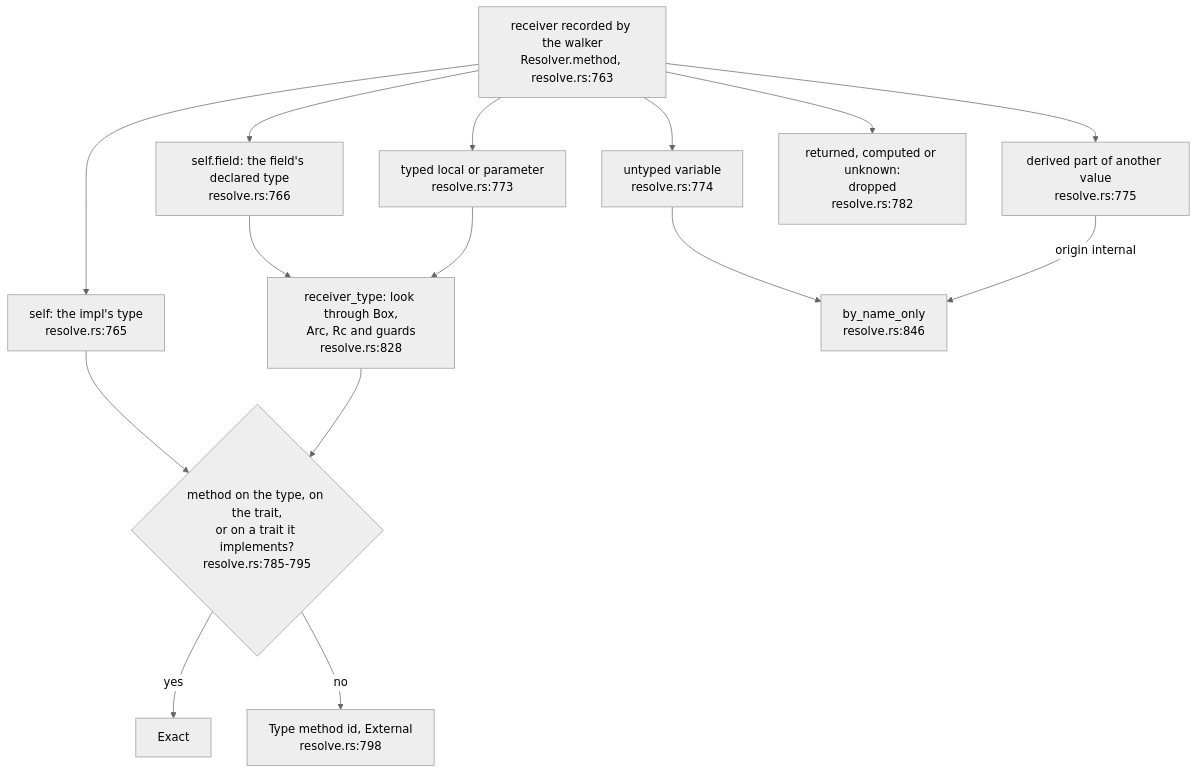
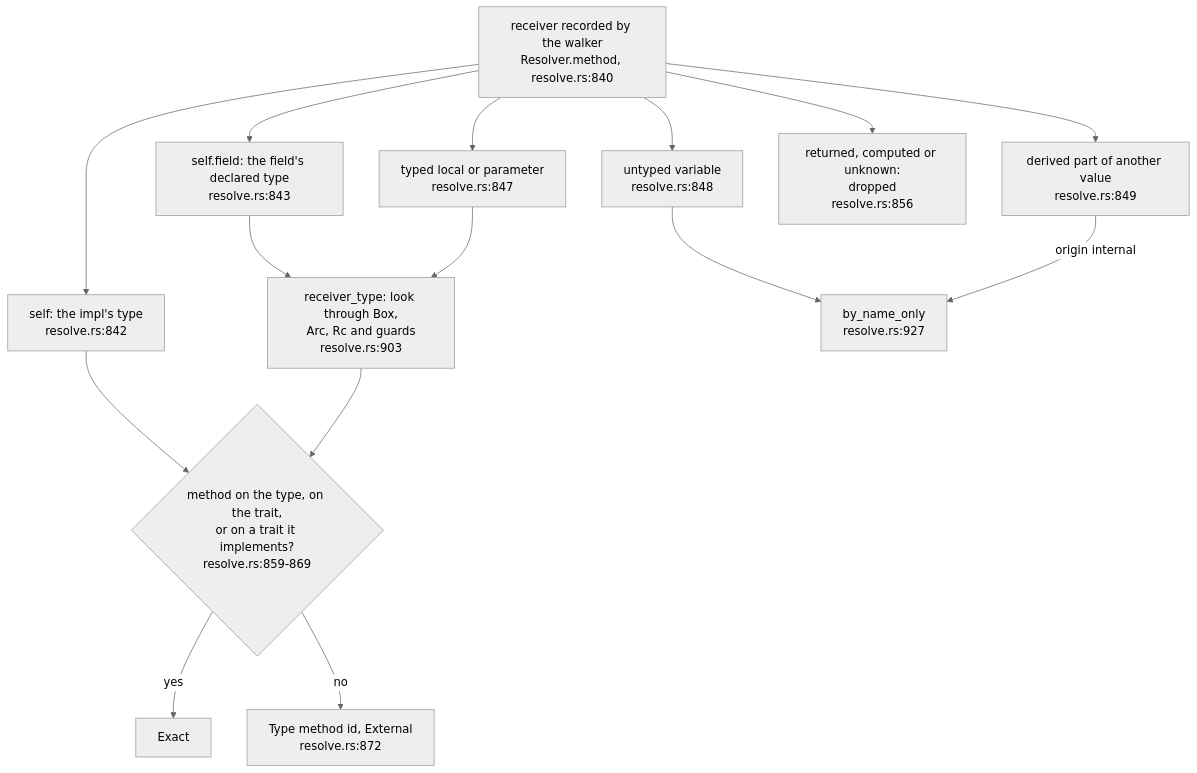
One commit to DreamLab-AI/codemaid changed the fourth of 6 diagrams in docs/diagrams/extract/05-workspace-name-resolution.md. Above: the diagram before and after it, drawn with Mermaid (neutral theme). The commit also changed other lines of this file and 8 other files, not shown here.

First line of the commit message:
docs(diagrams): restamp the extract topics to fec7aff; record the generics fix

````diff
--- a/docs/diagrams/extract/05-workspace-name-resolution.md
+++ b/docs/diagrams/extract/05-workspace-name-resolution.md
@@ -179,28 +179,28 @@
 ```mermaid
 flowchart TB
-    R["receiver recorded by the walker<br/>Resolver.method, resolve.rs:763"]
-    SV["self: the impl's type<br/>resolve.rs:765"]
-    SF["self.field: the field's declared type<br/>resolve.rs:766"]
-    TY["typed local or parameter<br/>resolve.rs:773"]
-    UT["untyped variable<br/>resolve.rs:774"]
-    DV["derived part of another value<br/>resolve.rs:775"]
-    DR["returned, computed or unknown:<br/>dropped<br/>resolve.rs:782"]
-    RT["receiver_type: look through Box,<br/>Arc, Rc and guards<br/>resolve.rs:828"]
-    LK{"method on the type, on the trait,<br/>or on a trait it implements?<br/>resolve.rs:785-795"}
+    R["receiver recorded by the walker<br/>Resolver.method, resolve.rs:840"]
+    SV["self: the impl's type<br/>resolve.rs:842"]
+    SF["self.field: the field's declared type<br/>resolve.rs:843"]
+    TY["typed local or parameter<br/>resolve.rs:847"]
+    UT["untyped variable<br/>resolve.rs:848"]
+    DV["derived part of another value<br/>resolve.rs:849"]
+    DR["returned, computed or unknown:<br/>dropped<br/>resolve.rs:856"]
+    RT["receiver_type: look through Box,<br/>Arc, Rc and guards<br/>resolve.rs:903"]
+    LK{"method on the type, on the trait,<br/>or on a trait it implements?<br/>resolve.rs:859-869"}
     EX["Exact"]
-    UM["Type method id, External<br/>resolve.rs:798"]
-    BN["by_name_only<br/>resolve.rs:846"]
+    UM["Type method id, External<br/>resolve.rs:872"]
+    BN["by_name_only<br/>resolve.rs:927"]
     SV --> LK
     SF --> RT
     TY --> RT
     RT --> LK
     LK -->|yes| EX
     LK -->|no| UM
     R --> SV
     R --> SF
     R --> TY
     R --> UT --> BN
     R --> DV
     R --> DR
     DV -->|origin internal| BN
 ```
````
